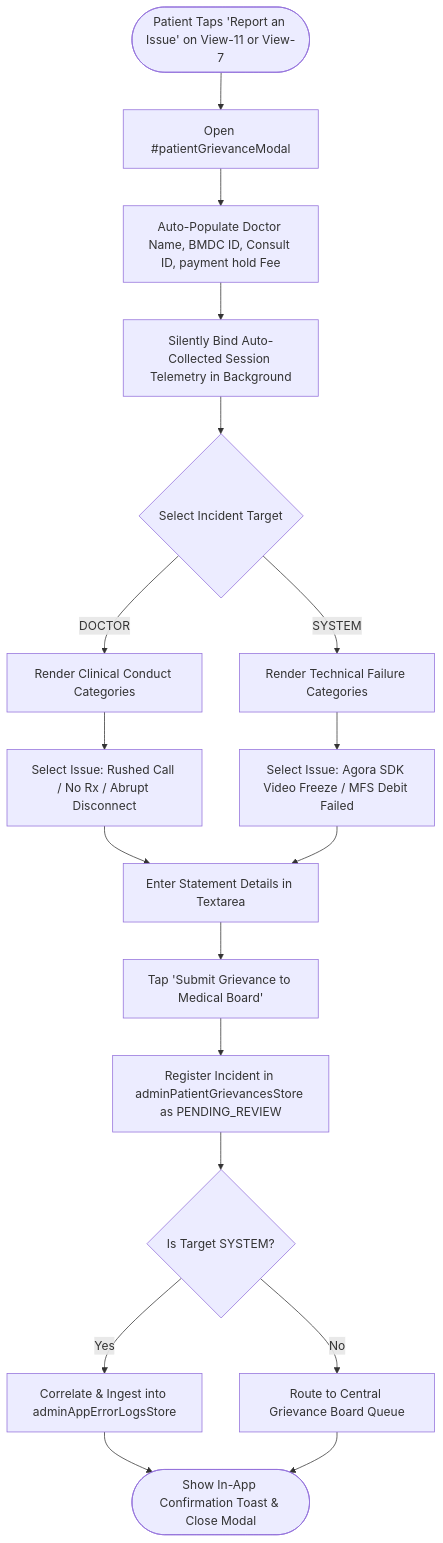
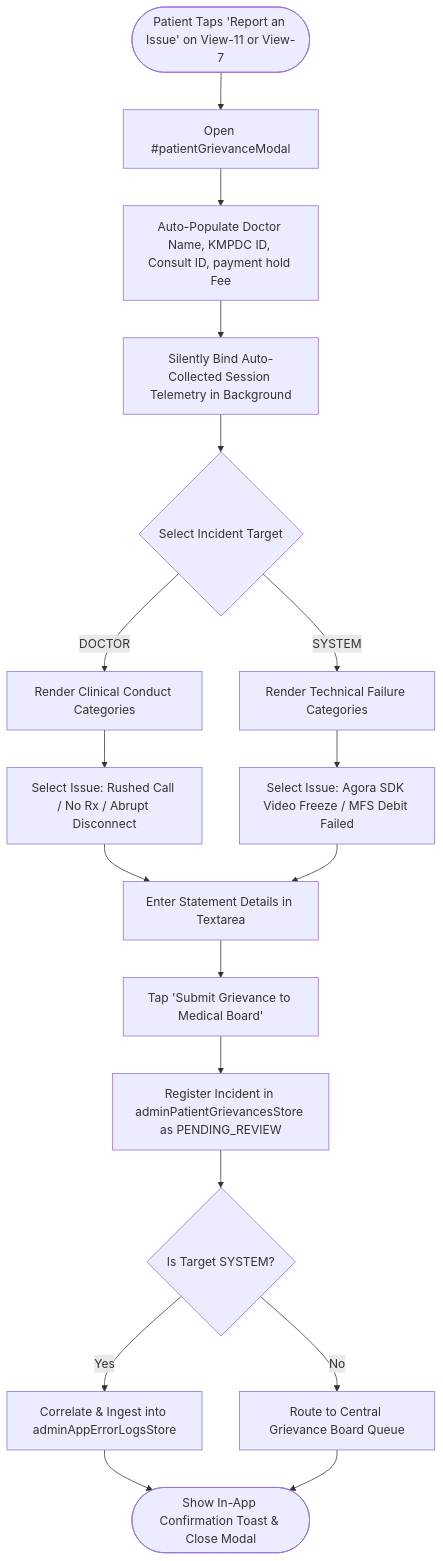
The fifth of 9 diagrams in docs/USER_FLOWS.md (MeherabHS/hellodoctor), drawn with Mermaid before and after one commit. The commit also changed other lines of this file and 937 other files, not shown here.

First line of the commit message:
feat: Doctor Flutter notification architecture, prescription 40KB/20-image contract, and pre-Patient security validation pass

````diff
--- a/docs/USER_FLOWS.md
+++ b/docs/USER_FLOWS.md
@@ -119,18 +124,18 @@
 ```mermaid
 flowchart TD
     START([Patient Taps 'Report an Issue' on View-11 or View-7]) --> A[Open #patientGrievanceModal]
-    A --> B[Auto-Populate Doctor Name, BMDC ID, Consult ID, payment hold Fee]
+    A --> B[Auto-Populate Doctor Name, KMPDC ID, Consult ID, payment hold Fee]
     B --> C[Silently Bind Auto-Collected Session Telemetry in Background]
     C --> D{Select Incident Target}
     D -- DOCTOR --> E[Render Clinical Conduct Categories]
     D -- SYSTEM --> F[Render Technical Failure Categories]
     E --> G[Select Issue: Rushed Call / No Rx / Abrupt Disconnect]
     F --> H[Select Issue: Agora SDK Video Freeze / MFS Debit Failed]
     G & H --> I[Enter Statement Details in Textarea]
     I --> J[Tap 'Submit Grievance to Medical Board']
     J --> K[Register Incident in adminPatientGrievancesStore as PENDING_REVIEW]
     K --> L{Is Target SYSTEM?}
     L -- Yes --> M[Correlate & Ingest into adminAppErrorLogsStore]
     L -- No --> N[Route to Central Grievance Board Queue]
     M & N --> RESULT([Show In-App Confirmation Toast & Close Modal])
 ```
````
